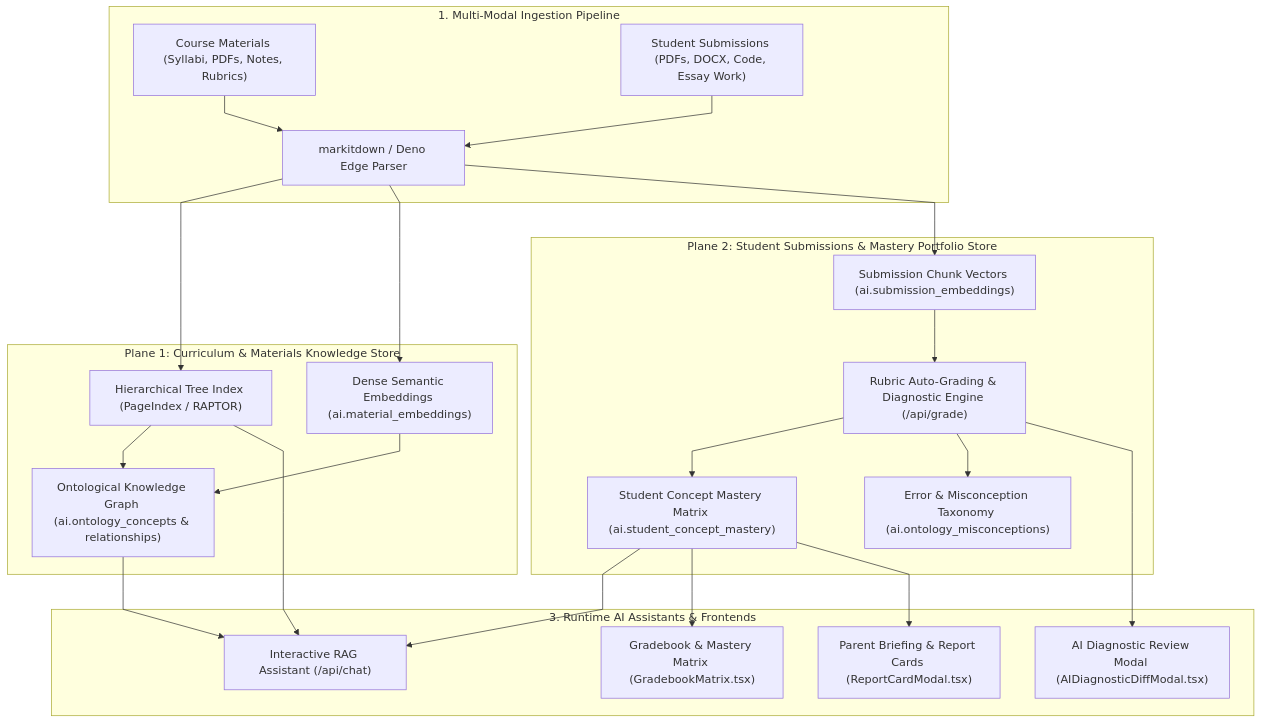
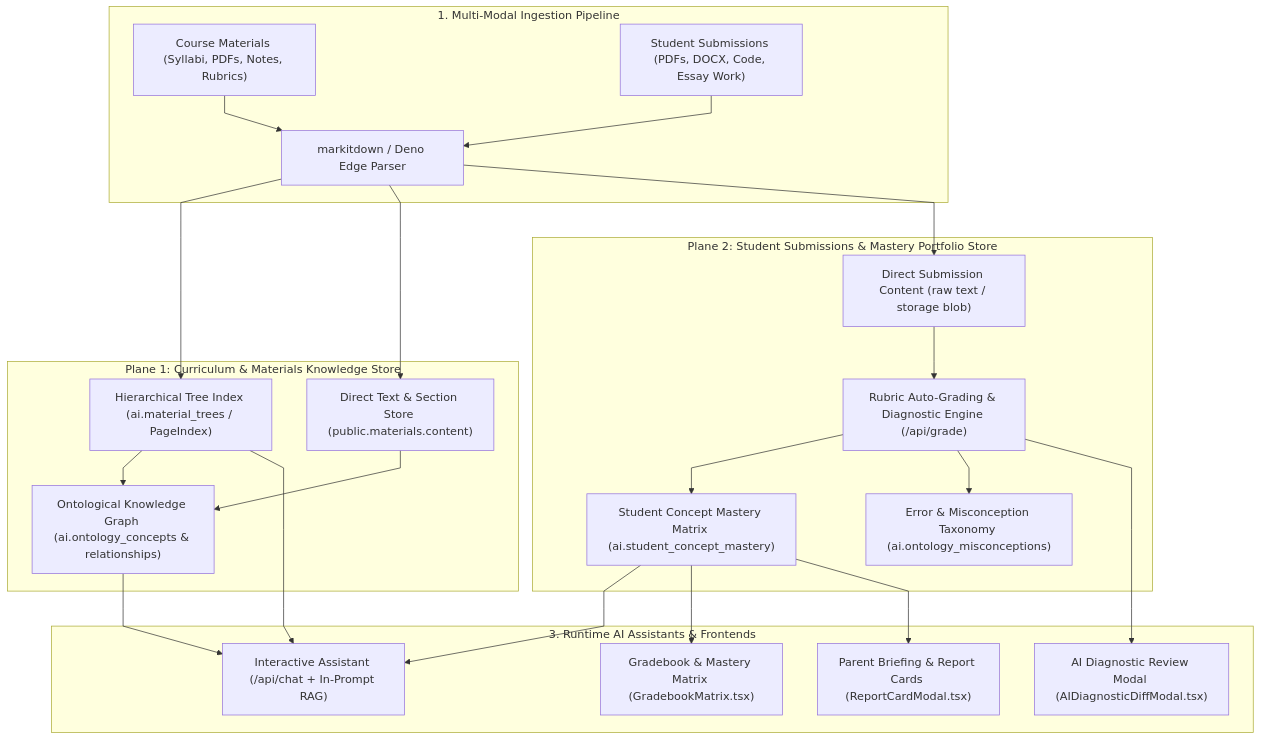
One commit to VictorBravo9er/Teacher-Assistant-Workspace changed the first of 2 diagrams in knowledge_store/README.md. Above: the diagram before and after it, drawn with Mermaid. The commit also changed other lines of this file and 6 other files, not shown here.

````diff
--- a/knowledge_store/README.md
+++ b/knowledge_store/README.md
@@ -16,49 +16,49 @@
 ```mermaid
 %%{init: {'flowchart': {'curve': 'linear'}}}%%
 flowchart TB
     subgraph Ingestion["1. Multi-Modal Ingestion Pipeline"]
         MatFiles["Course Materials (Syllabi, PDFs, Notes, Rubrics)"]
         SubFiles["Student Submissions (PDFs, DOCX, Code, Essay Work)"]
         Parser["markitdown / Deno Edge Parser"]
     end
 
     subgraph Plane1["Plane 1: Curriculum & Materials Knowledge Store"]
-        TreeIndex["Hierarchical Tree Index (PageIndex / RAPTOR)"]
-        MatVectors["Dense Semantic Embeddings (ai.material_embeddings)"]
+        TreeIndex["Hierarchical Tree Index (ai.material_trees / PageIndex)"]
+        FullText["Direct Text & Section Store (public.materials.content)"]
         OntologyGraph["Ontological Knowledge Graph (ai.ontology_concepts & relationships)"]
     end
 
     subgraph Plane2["Plane 2: Student Submissions & Mastery Portfolio Store"]
-        SubVectors["Submission Chunk Vectors (ai.submission_embeddings)"]
+        SubText["Direct Submission Content (raw text / storage blob)"]
         AutoEval["Rubric Auto-Grading & Diagnostic Engine (/api/grade)"]
         MasteryMatrix["Student Concept Mastery Matrix (ai.student_concept_mastery)"]
         Misconceptions["Error & Misconception Taxonomy (ai.ontology_misconceptions)"]
     end
 
     subgraph RuntimeSurfaces["3. Runtime AI Assistants & Frontends"]
-        ChatRAG["Interactive RAG Assistant (/api/chat)"]
+        ChatRAG["Interactive Assistant (/api/chat + In-Prompt RAG)"]
         DiffModal["AI Diagnostic Review Modal (AIDiagnosticDiffModal.tsx)"]
         MatrixView["Gradebook & Mastery Matrix (GradebookMatrix.tsx)"]
         ReportCards["Parent Briefing & Report Cards (ReportCardModal.tsx)"]
     end
 
     MatFiles --> Parser
     SubFiles --> Parser
     Parser --> TreeIndex
-    Parser --> MatVectors
-    Parser --> SubVectors
+    Parser --> FullText
+    Parser --> SubText
 
     TreeIndex --> OntologyGraph
-    MatVectors --> OntologyGraph
+    FullText --> OntologyGraph
 
-    SubVectors --> AutoEval
+    SubText --> AutoEval
     AutoEval --> MasteryMatrix
     AutoEval --> Misconceptions
 
     OntologyGraph --> ChatRAG
     TreeIndex --> ChatRAG
     MasteryMatrix --> ChatRAG
     AutoEval --> DiffModal
     MasteryMatrix --> MatrixView
     MasteryMatrix --> ReportCards
 ```
````
